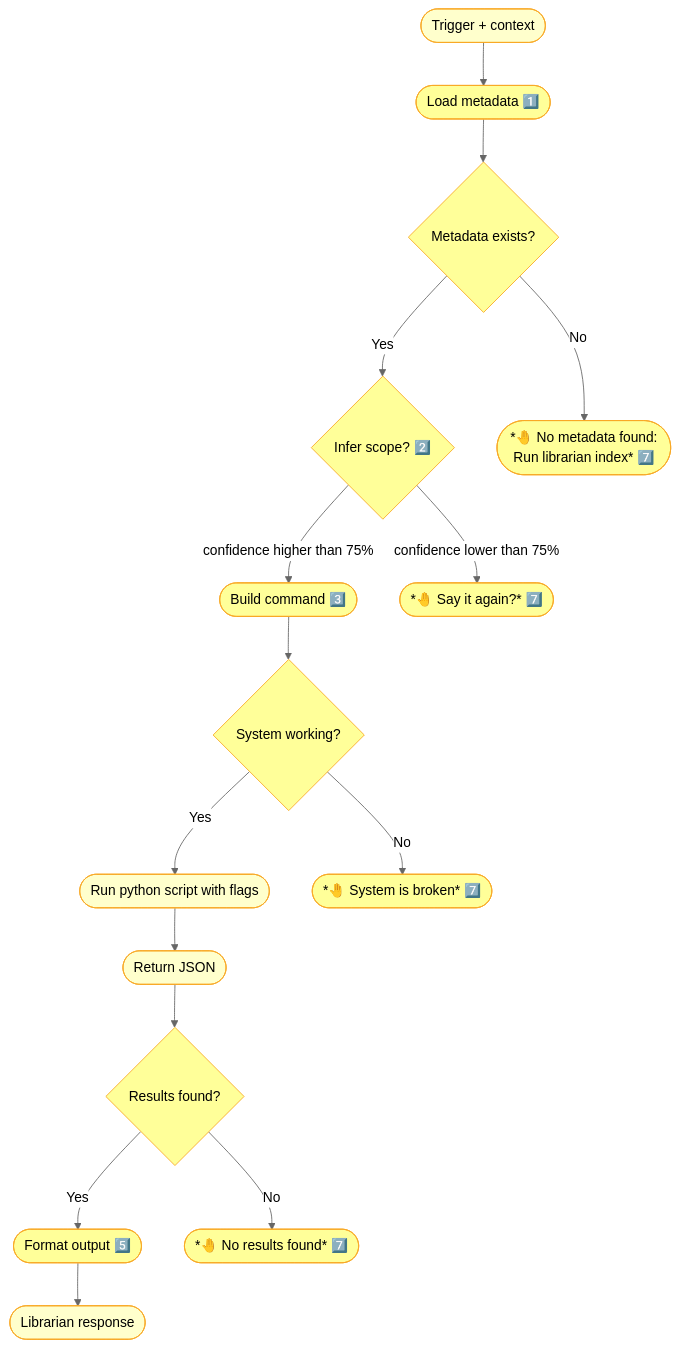
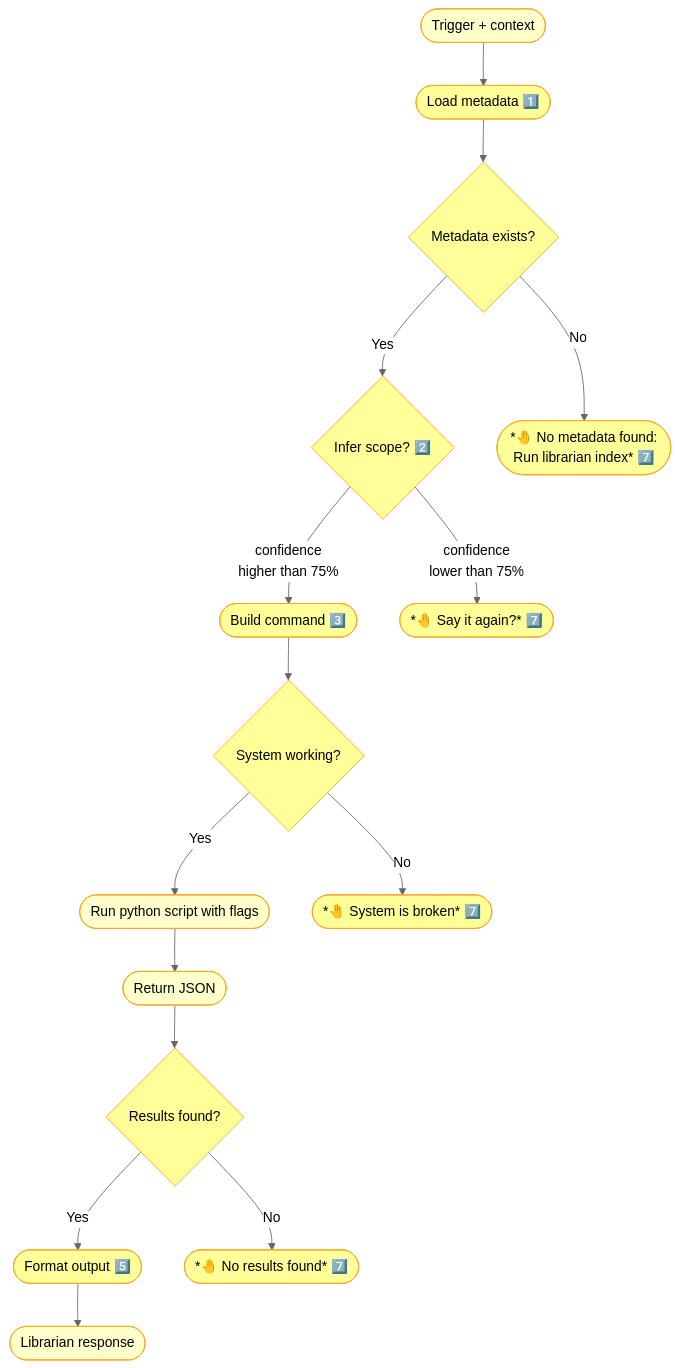
Before and after one commit to nonlinear/librarian: the diagram in backstage/epic-notes/v0.15.0-skill-protocol.md, drawn with Mermaid (neutral theme).

Commit message:
arch: Left=happy path, right=edge cases (mermaid constraint)

````diff
--- a/backstage/epic-notes/v0.15.0-skill-protocol.md
+++ b/backstage/epic-notes/v0.15.0-skill-protocol.md
@@ -3,41 +3,41 @@
 ```mermaid
 flowchart TB
     TRIGGER(["Trigger + context"])
     TRIGGER --> METADATA(["Load metadata 1️⃣"])
     METADATA --> CHECK{"Metadata exists?"}
     
     CHECK -->|"Yes"| INFER{"Infer scope? 2️⃣"}
     CHECK -->|"No"| ERROR(["*🤚 No metadata found:<br>Run librarian index* 7️⃣"])
     
-    INFER -->|"confidence higher than 75%"| BUILD(["Build command 3️⃣"])
-    INFER -->|"confidence lower than 75%"| CLARIFY(["*🤚 Say it again?* 7️⃣"])
+    INFER -->|"confidence<br>higher than 75%"| BUILD(["Build command 3️⃣"])
+    INFER -->|"confidence<br>lower than 75%"| CLARIFY(["*🤚 Say it again?* 7️⃣"])
     
     BUILD --> CHECK_SYSTEM{"System working?"}
     
     CHECK_SYSTEM -->|"Yes"| EXEC(["Run python script with flags"])
     CHECK_SYSTEM -->|"No"| BROKEN(["*🤚 System is broken* 7️⃣"])
     
     EXEC --> JSON(["Return JSON"])
     JSON --> CHECK_RESULTS{"Results found?"}
     
     CHECK_RESULTS -->|"Yes"| FORMAT(["Format output 5️⃣"])
     CHECK_RESULTS -->|"No"| EMPTY(["*🤚 No results found* 7️⃣"])
     
     FORMAT --> RESPONSE(["Librarian response"])
     
     style TRIGGER fill:#FFFFCC,stroke:#F9A825,color:#000
     style METADATA fill:#FFFF99,stroke:#F9A825,color:#000
     style INFER fill:#FFFF99,stroke:#F9A825,color:#000
     style CLARIFY fill:#FFFF99,stroke:#F9A825,color:#000
     style BUILD fill:#FFFF99,stroke:#F9A825,color:#000
     style EXEC fill:#FFFFCC,stroke:#F9A825,color:#000
     style JSON fill:#FFFFCC,stroke:#F9A825,color:#000
     style FORMAT fill:#FFFF99,stroke:#F9A825,color:#000
     style RESPONSE fill:#FFFFCC,stroke:#F9A825,color:#000
     style CHECK fill:#FFFF99,stroke:#F9A825,color:#000
     style ERROR fill:#FFFF99,stroke:#F9A825,color:#000
     style CHECK_SYSTEM fill:#FFFF99,stroke:#F9A825,color:#000
     style BROKEN fill:#FFFF99,stroke:#F9A825,color:#000
     style CHECK_RESULTS fill:#FFFF99,stroke:#F9A825,color:#000
     style EMPTY fill:#FFFF99,stroke:#F9A825,color:#000
 ```
````
